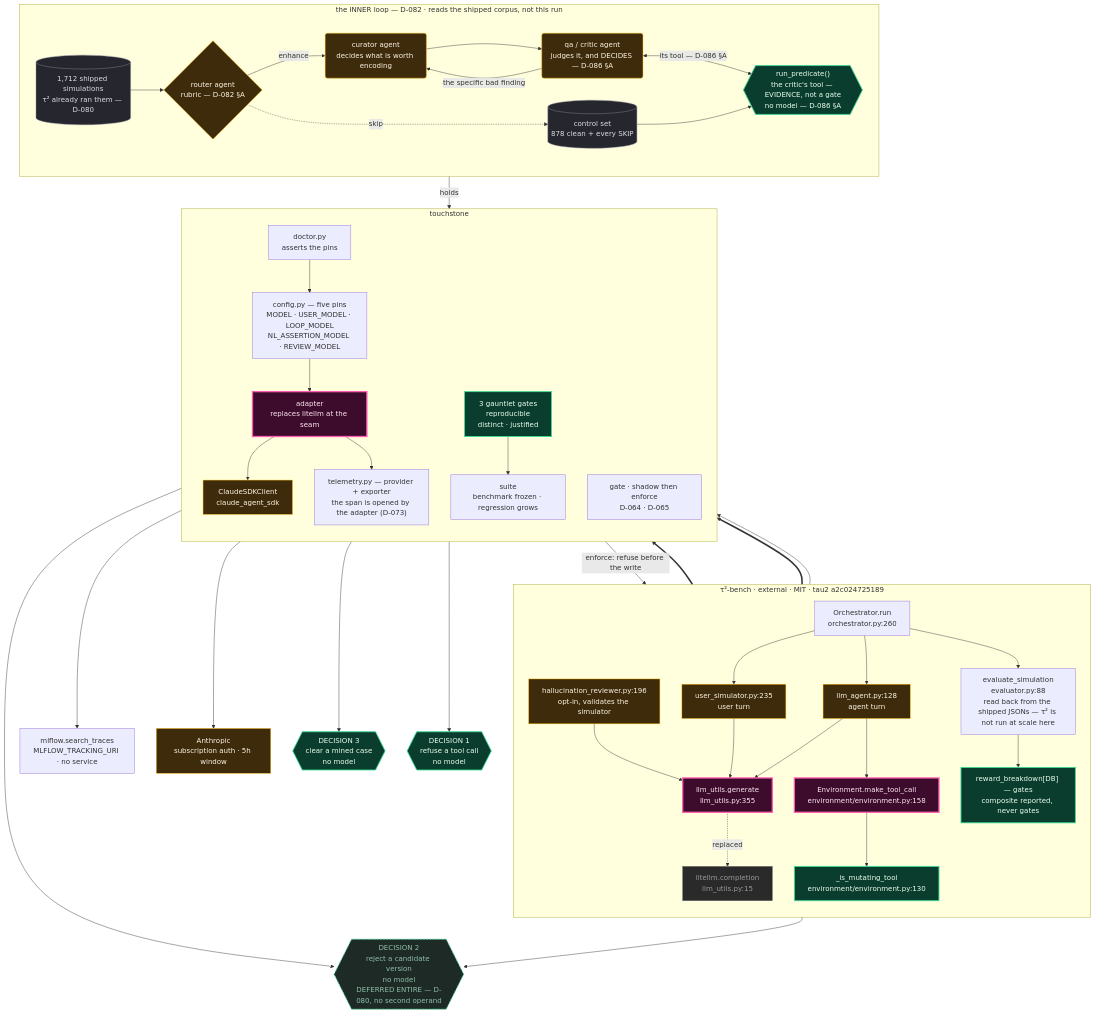
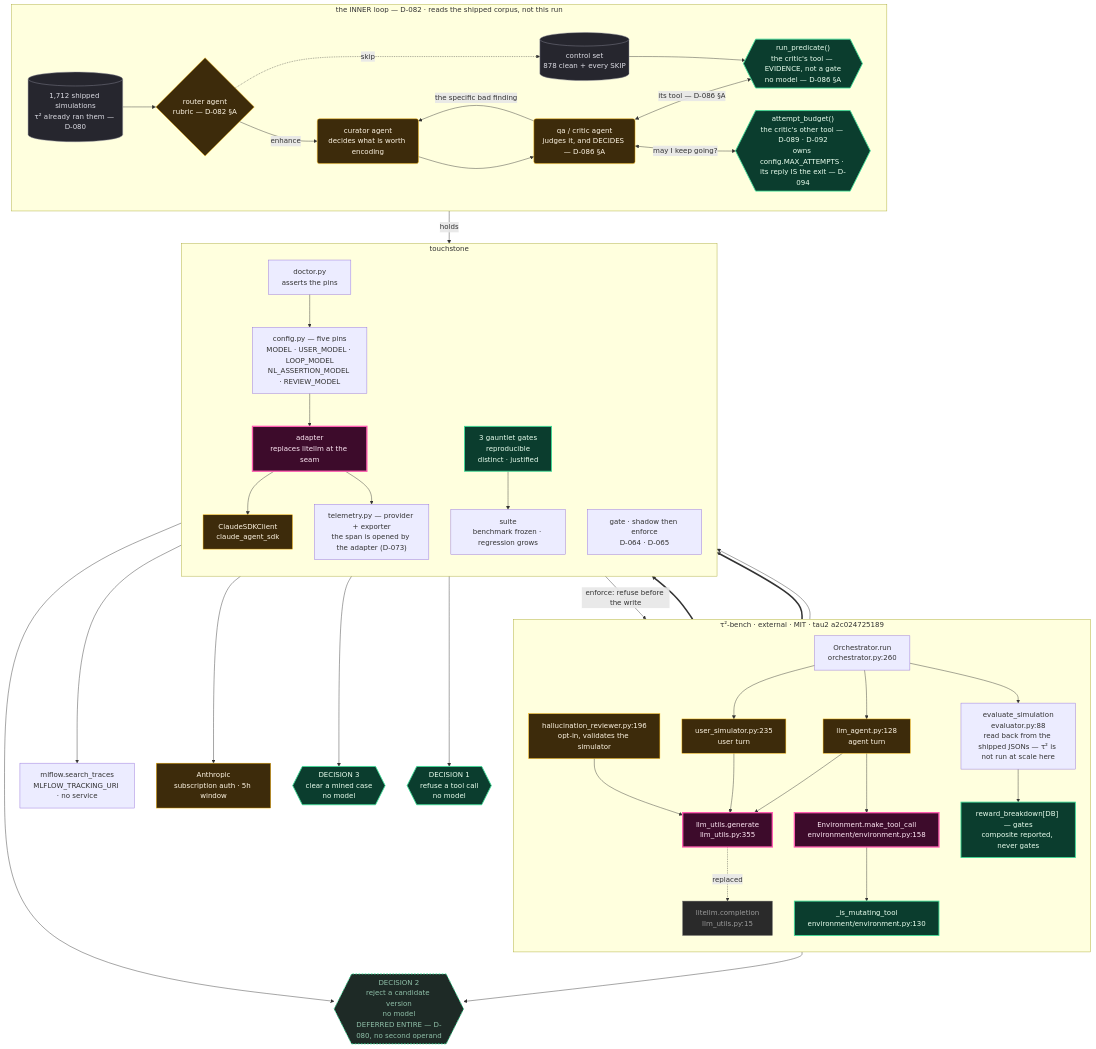
One commit to sandeepyadav1478/touchstone changed the diagram in diagrams/phase1.mmd. Above: the diagram before and after it, drawn with Mermaid. The commit also changed 1 other file, not shown here.

Commit message:
Bring sequence.eraser and phase1.mmd up to D-089..D-094
Both were still on the pre-D-089 shape: one tool on the critic, no budget, no
force-terminate.

sequence.eraser gains attempt_budget as a participant and the two exits --
the reply IS the exit (budget_exhausted / gave_up), and force_terminated only
if an agent is told to exit and keeps going. Its old line said UNMINEABLE
leaves through the gauntlet, which was never true and is now wrong twice.

phase1.mmd gets one node and one edge -- it summarises the loop rather than
specifying it, so the critic having two tools is the whole change that matters
there.

Renders verified: phase1 174,333 bytes, guard 326 citations.

```diff
--- a/diagrams/phase1.mmd
+++ b/diagrams/phase1.mmd
@@ -1,99 +1,101 @@
 %% touchstone phase 1 — the adapter, the enforcement point, and the three decisions
 %% Every node names a real symbol: touchstone, or tau2-bench — tau2 at commit a2c024725189 (MIT). D-068.
 flowchart TB
 
   subgraph TAU2["τ²-bench · external · MIT · tau2 a2c024725189"]
     direction TB
     RUN["Orchestrator.run<br/>orchestrator.py:260"]
     AGENT["llm_agent.py:128<br/>agent turn"]
     USER["user_simulator.py:235<br/>user turn"]
     REVIEW["hallucination_reviewer.py:196<br/>opt-in, validates the simulator"]
     GEN["llm_utils.generate<br/>llm_utils.py:355"]
     LITE["litellm.completion<br/>llm_utils.py:15"]
     ENVC["Environment.make_tool_call<br/>environment/environment.py:158"]
     MUT["_is_mutating_tool<br/>environment/environment.py:130"]
     EVAL["evaluate_simulation<br/>evaluator.py:88<br/>read back from the shipped JSONs — τ² is not run at scale here"]
     REW["reward_breakdown[DB] — gates<br/>composite reported, never gates"]
   end
 
   subgraph TS["touchstone"]
     direction TB
     ADP["adapter<br/>replaces litellm at the seam"]
     SDK["ClaudeSDKClient<br/>claude_agent_sdk"]
     CFG["config.py — five pins<br/>MODEL · USER_MODEL · LOOP_MODEL<br/>NL_ASSERTION_MODEL · REVIEW_MODEL"]
     GATE["gate · shadow then enforce<br/>D-064 · D-065"]
     TEL["telemetry.py — provider + exporter<br/>the span is opened by the adapter (D-073)"]
     SUITE["suite<br/>benchmark frozen · regression grows"]
     GAUNTLET["3 gauntlet gates<br/>reproducible<br/>distinct · justified"]
     DOC["doctor.py<br/>asserts the pins"]
   end
 
   MLF["mlflow.search_traces<br/>MLFLOW_TRACKING_URI · no service"]
   ANTH["Anthropic<br/>subscription auth · 5h window"]
 
   subgraph MINE["the INNER loop — D-082 · reads the shipped corpus, not this run"]
     direction LR
     CORPUS[("1,712 shipped simulations<br/>τ² already ran them — D-080")]
     ROUTER{"router agent<br/>rubric — D-082 §A"}
     CURATOR("curator agent<br/>decides what is worth encoding")
     CRITIC("qa / critic agent<br/>judges it, and DECIDES — D-086 §A")
     PRED{{"run_predicate()<br/>the critic's tool — EVIDENCE, not a gate<br/>no model — D-086 §A"}}
+    BUDGET{{"attempt_budget()<br/>the critic's other tool — D-089 · D-092<br/>owns config.MAX_ATTEMPTS · its reply IS the exit — D-094"}}
     CTRL[("control set<br/>878 clean + every SKIP")]
     CORPUS --> ROUTER
     ROUTER -- "enhance" --> CURATOR
     ROUTER -. "skip" .-> CTRL
     CURATOR --> CRITIC
     CRITIC <-- "its tool — D-086 §A" --> PRED
     CRITIC -- "the specific bad finding" --> CURATOR
     CTRL --> PRED
+    CRITIC <-- "may I keep going?" --> BUDGET
   end
 
   RUN --> AGENT
   RUN --> USER
   AGENT --> GEN
   USER --> GEN
   REVIEW --> GEN
 
   GEN -. "replaced" .-> LITE
   GEN ==> ADP
   ADP --> SDK --> ANTH
   CFG --> ADP
   DOC --> CFG
 
   AGENT --> ENVC
   ENVC --> MUT
   ENVC ==> GATE
   GATE -- "enforce: refuse before the write" --> ENVC
 
   RUN --> EVAL --> REW
 
   ADP --> TEL
   ENVC --> TEL
   TEL --> MLF
 
   REW --> D2
   GAUNTLET --> D3
   GATE --> D1
   PRED -- "holds" --> GAUNTLET
   GAUNTLET --> SUITE
   SUITE --> D2
 
   D1{{"DECISION 1<br/>refuse a tool call<br/>no model"}}
   D2{{"DECISION 2<br/>reject a candidate version<br/>no model<br/>DEFERRED ENTIRE — D-080, no second operand"}}
   D3{{"DECISION 3<br/>clear a mined case<br/>no model"}}
 
   classDef nomodel fill:#0b3d2e,stroke:#3ddc97,color:#eaffef,stroke-width:2px
   classDef model fill:#3d2b0b,stroke:#ffb703,color:#fff6e5
   classDef seam fill:#3d0b2b,stroke:#ff5db1,color:#ffe9f5,stroke-width:3px
   classDef dead fill:#2a2a2a,stroke:#666,color:#999
   classDef data fill:#26262e,stroke:#8a8a99,color:#dcdce4
   classDef deferred fill:#1e2a26,stroke:#3ddc97,stroke-dasharray:4 3,color:#8fbfa8
 
   class D1,D2,D3,REW,GAUNTLET,MUT nomodel
   class AGENT,USER,REVIEW,SDK,ANTH model
   class GEN,ADP,ENVC seam
   class CORPUS,CTRL data
   class ROUTER,CURATOR,CRITIC model
-  class PRED nomodel
+  class PRED,BUDGET nomodel
   class LITE dead
   class D2 deferred
```
